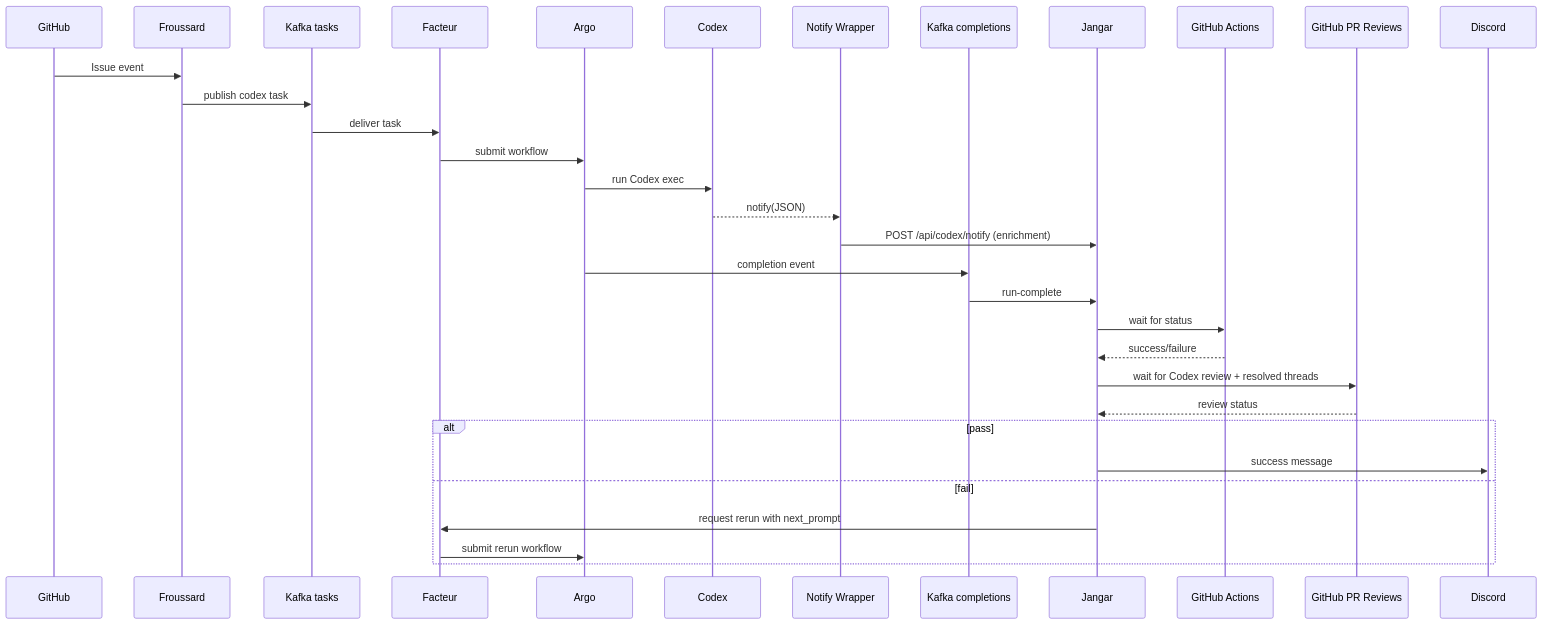
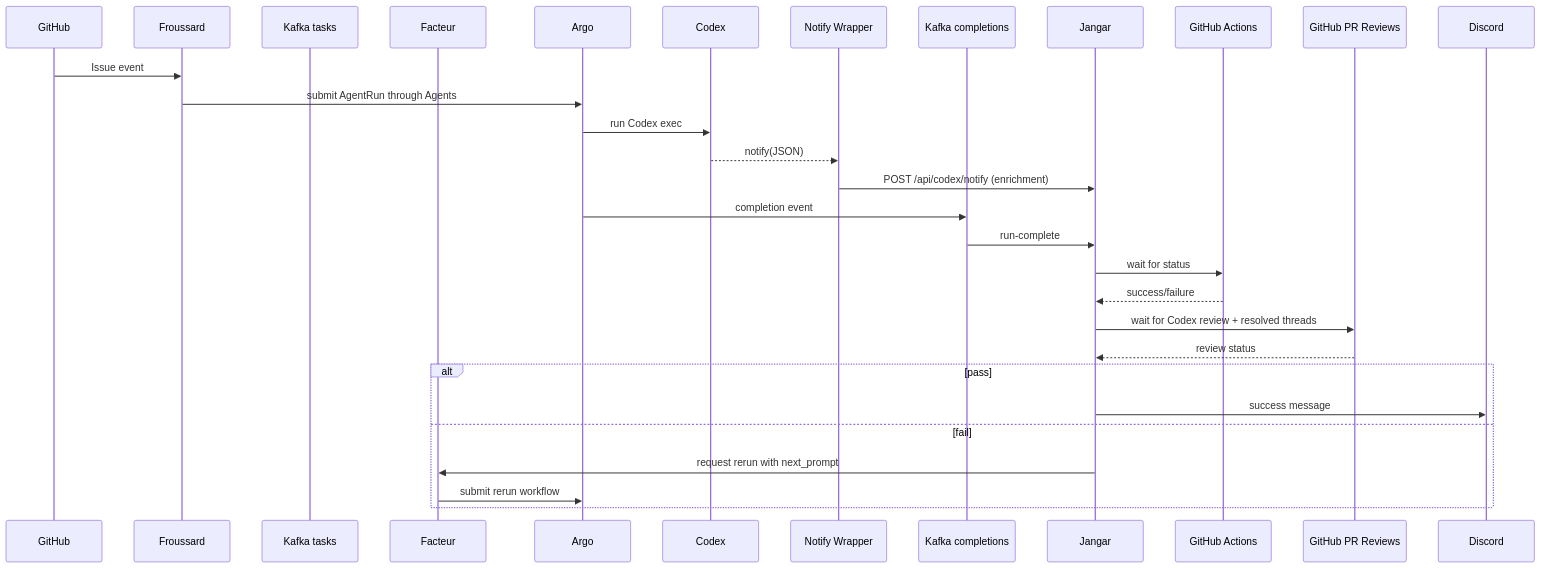
Before and after one commit to proompteng/lab: the second of 3 diagrams in docs/jangar/codex-judge-argo-design.md, drawn with Mermaid. The commit also changed other lines of this file and 60 other files, not shown here.

````diff
--- a/docs/jangar/codex-judge-argo-design.md
+++ b/docs/jangar/codex-judge-argo-design.md
@@ -109,35 +111,33 @@
 ```mermaid
 sequenceDiagram
   participant GH as GitHub
   participant FR as Froussard
   participant KT as Kafka tasks
   participant F as Facteur
   participant A as Argo
   participant C as Codex
   participant W as Notify Wrapper
   participant KC as Kafka completions
   participant J as Jangar
   participant CI as GitHub Actions
   participant PR as GitHub PR Reviews
   participant D as Discord
 
   GH->>FR: Issue event
-  FR->>KT: publish codex task
-  KT->>F: deliver task
-  F->>A: submit workflow
+  FR->>A: submit AgentRun through Agents
   A->>C: run Codex exec
   C-->>W: notify(JSON)
   W->>J: POST /api/codex/notify (enrichment)
   A->>KC: completion event
   KC->>J: run-complete
   J->>CI: wait for status
   CI-->>J: success/failure
   J->>PR: wait for Codex review + resolved threads
   PR-->>J: review status
   alt pass
     J->>D: success message
   else fail
     J->>F: request rerun with next_prompt
     F->>A: submit rerun workflow
   end
 ```
````
